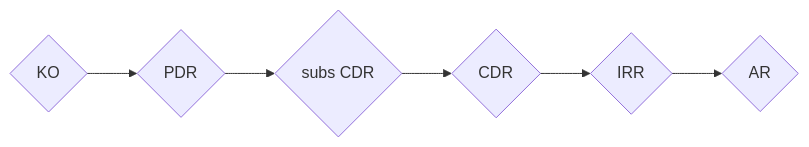
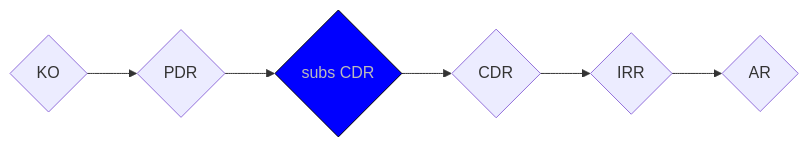
One commit to limu007/quvik changed the diagram in calib/Models.md. Above: the diagram before and after it, drawn with Mermaid.

````diff
--- a/calib/Models.md
+++ b/calib/Models.md
@@ -3,4 +3,8 @@
 ```mermaid 
 flowchart LR
     a{KO} --> b{PDR} --> c{subs CDR} --> d{CDR} --> e{IRR} --> f{AR}
+
+classDef deC fill:#00f,stroke:#000,color:#bbb;
+class c deC;
+
 ```
````
